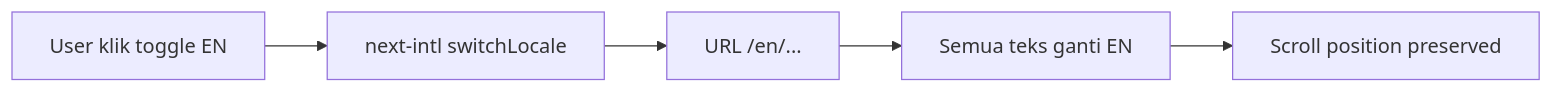
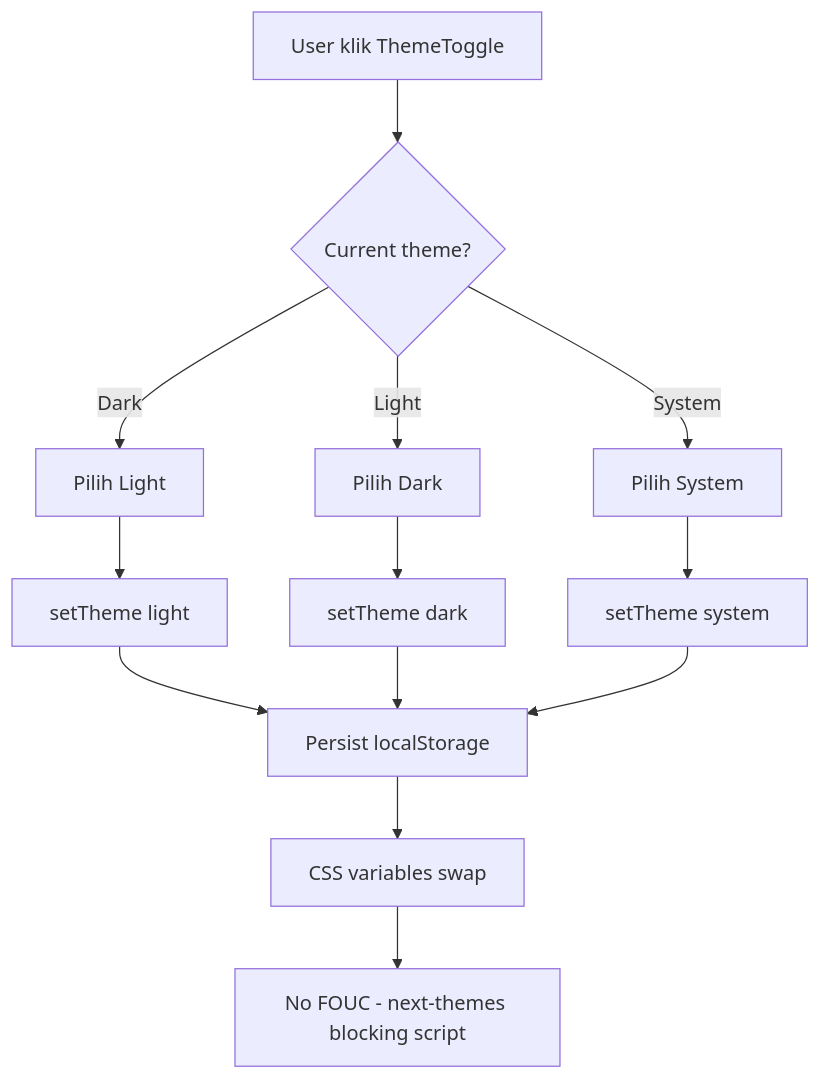
The second of 4 diagrams in product-docs/UIUX_SPEC.md (agrianwahab29/agrinode-promptflow), drawn with Mermaid before and after one commit. The commit also changed other lines of this file and 14 other files, not shown here.

First line of the commit message:
docs(product-docs): update V3 — light theme, scene transitions, complex prompts, voice type, audio spec

````diff
--- a/product-docs/UIUX_SPEC.md
+++ b/product-docs/UIUX_SPEC.md
@@ -474,7 +570,15 @@
 ```mermaid
-flowchart LR
-    A[User klik toggle EN] --> B[next-intl switchLocale]
-    B --> C[URL /en/...]
-    C --> D[Semua teks ganti EN]
-    D --> E[Scroll position preserved]
+flowchart TD
+    A[User klik ThemeToggle] --> B{Current theme?}
+    B -->|Dark| C[Pilih Light]
+    B -->|Light| D[Pilih Dark]
+    B -->|System| E[Pilih System]
+    C --> F[setTheme light]
+    D --> G[setTheme dark]
+    E --> H[setTheme system]
+    F --> I[Persist localStorage]
+    G --> I
+    H --> I
+    I --> J[CSS variables swap]
+    J --> K[No FOUC - next-themes blocking script]
 ```
````
